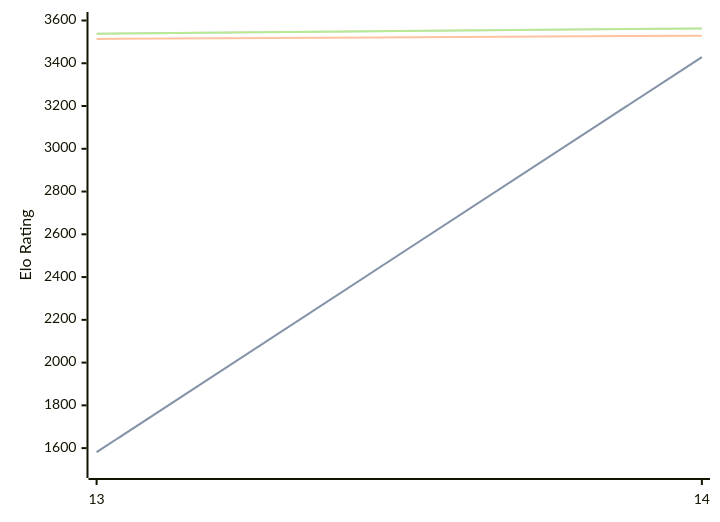
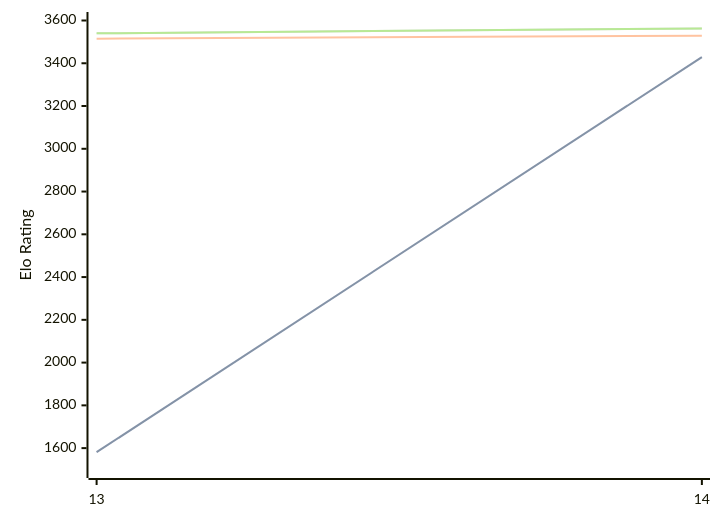
Before and after one commit to computer-chess-index/cci: the diagram in engines/Berserk.md, drawn with Mermaid. The commit also changed other lines of this file, not shown here.

Commit message:
Update CCI Ratings (ELO VLTC) - 2026-07-24

````diff
--- a/engines/Berserk.md
+++ b/engines/Berserk.md
@@ -63,11 +63,11 @@
 ```mermaid
 %%{init: {"theme":"base","themeVariables":{"seriesColors:['#a3a3a3','#222221','#faa371']}}}%%
 xychart-beta
   x-axis ["13", "14"]
   y-axis "Elo Rating" 1500 --> 3600
   line "STC (8.0+0.08s)" [1581, 3429]
   line "STC (8.0+0.08s)" [1581, 3429]
-  line "LTC (60.0+0.60s)" [3514, 3529]
-  line "VLTC (2m24s+1.12s)" [3538, 3563]
-  line "VLTC (2m24s+1.12s)" [3538, 3563]
+  line "LTC (60.0+0.60s)" [3515, 3529]
+  line "VLTC (2m24s+1.12s)" [3540, 3563]
+  line "VLTC (2m24s+1.12s)" [3540, 3563]
 ```
````
